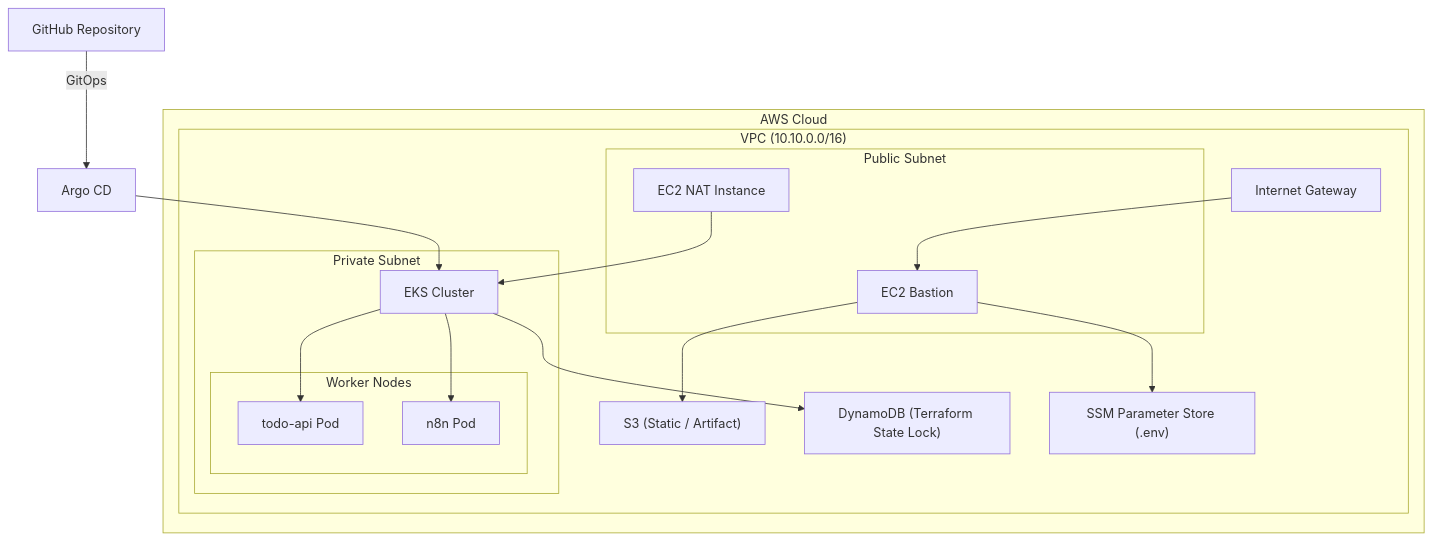
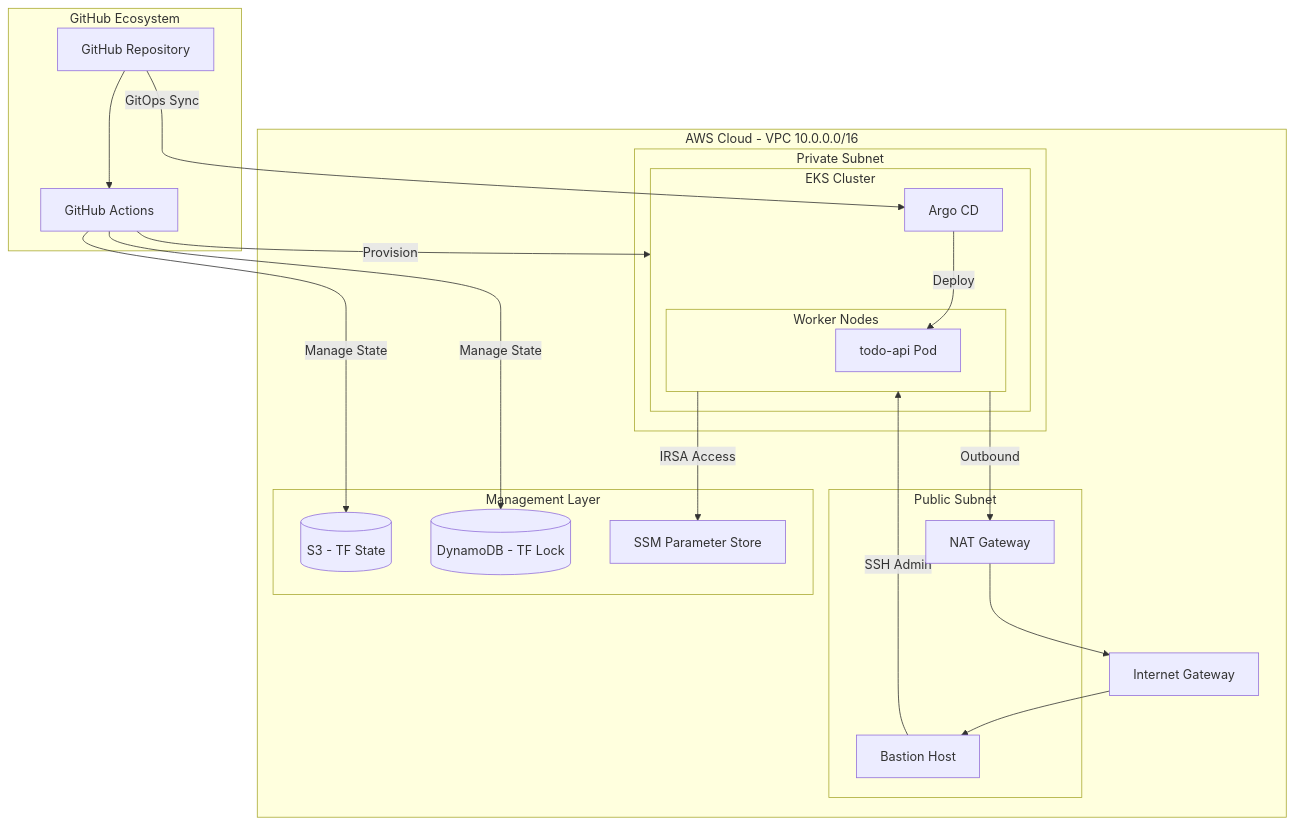
One commit to lee951109/devops-portfolio-eks-ecs-argocd-n8n changed the diagram in README.md. Above: the diagram before and after it, drawn with Mermaid. The commit also changed other lines of this file, not shown here.

````diff
--- a/README.md
+++ b/README.md
@@ -23,42 +18,51 @@
 ```mermaid
 graph TD
-
-subgraph AWS["AWS Cloud"]
-  subgraph VPC["VPC (10.10.0.0/16)"]
-
-    IGW["Internet Gateway"]
-
-    subgraph Public["Public Subnet"]
-      NAT["EC2 NAT Instance"]
-      WEB["EC2 Bastion"]
+    subgraph GitHub_Ecosystem [GitHub Ecosystem]
+        Repo[GitHub Repository]
+        GA[GitHub Actions]
     end
 
-    subgraph Private["Private Subnet"]
-      EKS["EKS Cluster"]
+    subgraph AWS_Cloud [AWS Cloud - VPC 10.0.0.0/16]
+        IGW[Internet Gateway]
+        
+        subgraph Public_Subnet [Public Subnet]
+            Bastion[Bastion Host]
+            NAT[NAT Gateway]
+        end
 
-      subgraph Nodes["Worker Nodes"]
-        POD1["todo-api Pod"]
-        POD2["n8n Pod"]
-      end
+        subgraph Private_Subnet [Private Subnet]
+            subgraph EKS_Cluster [EKS Cluster]
+                ArgoCD[Argo CD]
+                subgraph Worker_Nodes [Worker Nodes]
+                    ToDo[todo-api Pod]
+                end
+            end
+        end
+
+        subgraph Management_Layer [Management Layer]
+            S3[(S3 - TF State)]
+            DDB[(DynamoDB - TF Lock)]
+            SSM[SSM Parameter Store]
+        end
     end
 
-    S3["S3 (Static / Artifact)"]
-    DDB["DynamoDB (Terraform State Lock)"]
-    PS["SSM Parameter Store (.env)"]
-  end
-end
+    %% Flow: CI/CD & IaC
+    Repo --> GA
+    GA -- Manage State --> S3
+    GA -- Manage State --> DDB
+    GA -- Provision --> EKS_Cluster
 
-Git["GitHub Repository"] -->|GitOps| Argo["Argo CD"]
-Argo --> EKS
+    %% Flow: Traffic & Access
+    IGW --> Bastion
+    Bastion -- SSH Admin --> Worker_Nodes
+    Worker_Nodes -- Outbound --> NAT
+    NAT --> IGW
 
-IGW --> WEB
-WEB --> PS
-WEB --> S3
-NAT --> EKS
+    %% Flow: GitOps
+    Repo -- GitOps Sync --> ArgoCD
+    ArgoCD -- Deploy --> ToDo
 
-EKS --> POD1
-EKS --> POD2
-
-EKS --> DDB
+    %% Flow: Permissions (IRSA)
+    Worker_Nodes -- IRSA Access --> SSM
 
 ```
````
